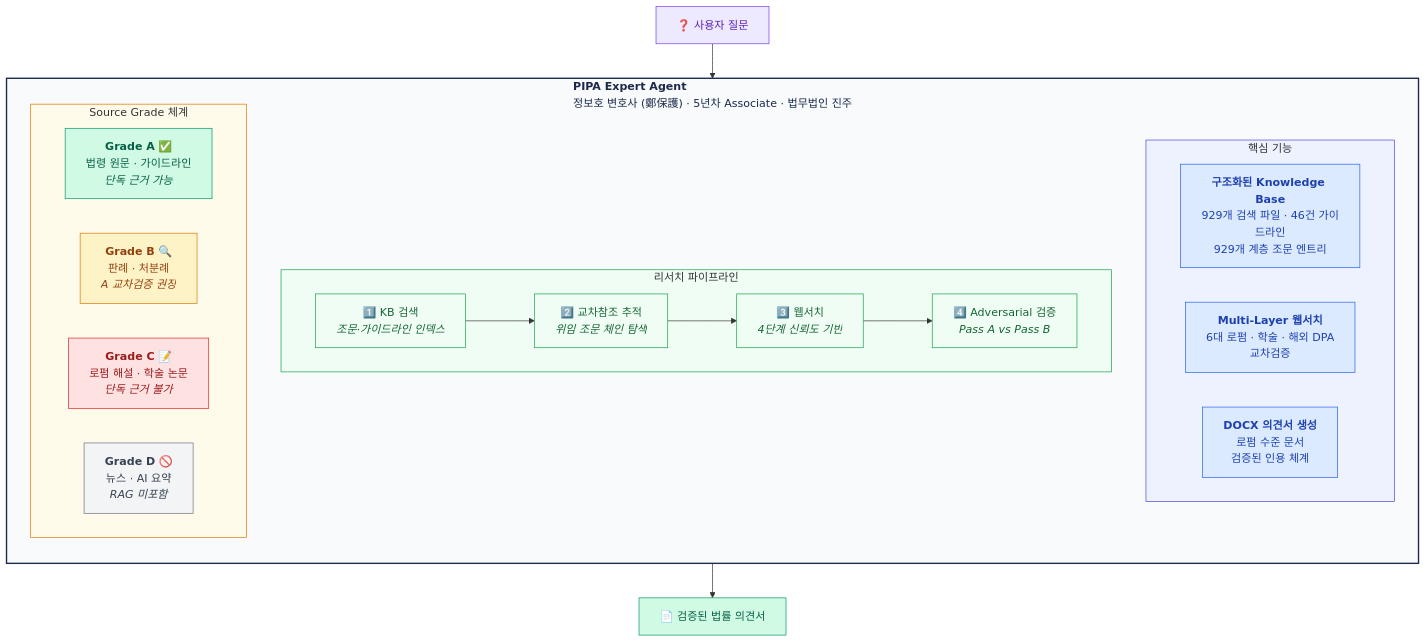
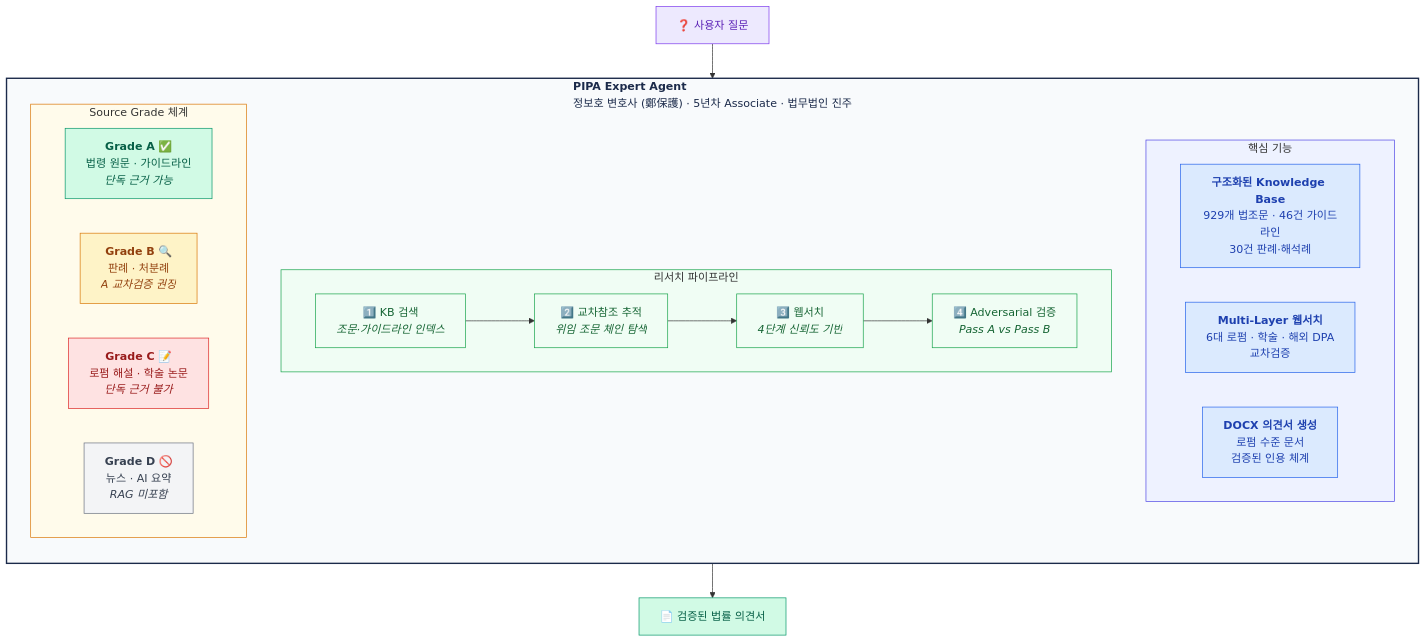
Before and after one commit to kipeum86/PIPA-expert: the first of 2 diagrams in README.ko.md, drawn with Mermaid. The commit also changed other lines of this file and 1 other file, not shown here.

````diff
--- a/README.ko.md
+++ b/README.ko.md
@@ -47,51 +47,51 @@
 ```mermaid
 graph TB
     subgraph agent["<b>PIPA Expert Agent</b><br/>정보호 변호사 (鄭保護) · 5년차 Associate · 법무법인 진주"]
         direction TB
 
         subgraph core["핵심 기능"]
             direction LR
-            KB["<b>구조화된 Knowledge Base</b><br/>929개 검색 파일 · 46건 가이드라인<br/>929개 계층 조문 엔트리"]
+            KB["<b>구조화된 Knowledge Base</b><br/>929개 법조문 · 46건 가이드라인<br/>30건 판례·해석례"]
             WS["<b>Multi-Layer 웹서치</b><br/>6대 로펌 · 학술 · 해외 DPA<br/>교차검증"]
             DX["<b>DOCX 의견서 생성</b><br/>로펌 수준 문서<br/>검증된 인용 체계"]
         end
 
         subgraph pipeline["리서치 파이프라인"]
             direction LR
             S1["1️⃣ KB 검색<br/><i>조문·가이드라인 인덱스</i>"]
             S2["2️⃣ 교차참조 추적<br/><i>위임 조문 체인 탐색</i>"]
             S3["3️⃣ 웹서치<br/><i>4단계 신뢰도 기반</i>"]
             S4["4️⃣ Adversarial 검증<br/><i>Pass A vs Pass B</i>"]
             S1 --> S2 --> S3 --> S4
         end
 
         subgraph grades["Source Grade 체계"]
             direction LR
             GA["<b>Grade A</b> ✅<br/>법령 원문 · 가이드라인<br/><i>단독 근거 가능</i>"]
             GB["<b>Grade B</b> 🔍<br/>판례 · 처분례<br/><i>A 교차검증 권장</i>"]
             GC["<b>Grade C</b> 📝<br/>로펌 해설 · 학술 논문<br/><i>단독 근거 불가</i>"]
             GD["<b>Grade D</b> 🚫<br/>뉴스 · AI 요약<br/><i>RAG 미포함</i>"]
         end
     end
 
     Q["❓ 사용자 질문"] --> S1
     S4 --> O["📄 검증된 법률 의견서"]
 
     style agent fill:#f8fafc,stroke:#1B2A4A,stroke-width:2px,color:#1B2A4A
     style core fill:#eef2ff,stroke:#4f46e5,stroke-width:1px
     style pipeline fill:#f0fdf4,stroke:#16a34a,stroke-width:1px
     style grades fill:#fffbeb,stroke:#d97706,stroke-width:1px
     style KB fill:#dbeafe,stroke:#2563eb,color:#1e40af
     style WS fill:#dbeafe,stroke:#2563eb,color:#1e40af
     style DX fill:#dbeafe,stroke:#2563eb,color:#1e40af
     style GA fill:#d1fae5,stroke:#059669,color:#065f46
     style GB fill:#fef3c7,stroke:#d97706,color:#92400e
     style GC fill:#fee2e2,stroke:#dc2626,color:#991b1b
     style GD fill:#f3f4f6,stroke:#6b7280,color:#374151
     style Q fill:#ede9fe,stroke:#7c3aed,color:#5b21b6
     style O fill:#d1fae5,stroke:#059669,color:#065f46
     style S1 fill:#f0fdf4,stroke:#16a34a,color:#166534
     style S2 fill:#f0fdf4,stroke:#16a34a,color:#166534
     style S3 fill:#f0fdf4,stroke:#16a34a,color:#166534
     style S4 fill:#f0fdf4,stroke:#16a34a,color:#166534
 ```
````
